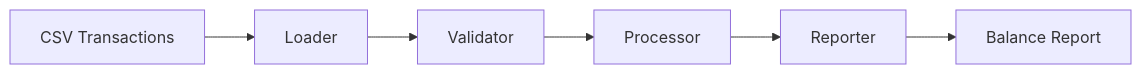
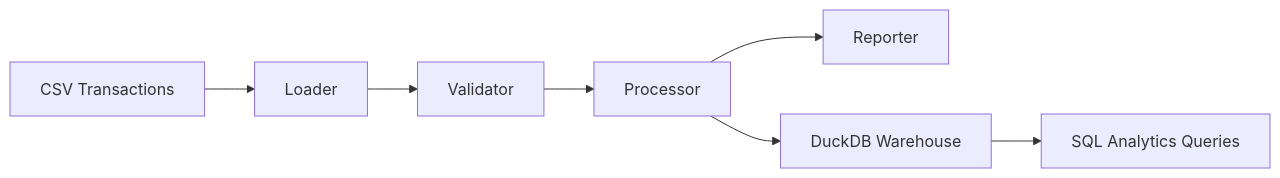
Before and after one commit to arza1uz/lexian-transaction-engine: the diagram in README.md, drawn with Mermaid. The commit also changed other lines of this file and 1 other file, not shown here.

Commit message:
docs(repo): simplify roadmap and clarify current development focus

````diff
--- a/README.md
+++ b/README.md
@@ -24,8 +33,9 @@
 ```mermaid
 flowchart LR
     A[CSV Transactions] --> B[Loader]
     B --> C[Validator]
     C --> D[Processor]
     D --> E[Reporter]
-    E --> F[Balance Report]
+    D --> F[DuckDB Warehouse]
+    F --> G[SQL Analytics Queries]
 ```
````
